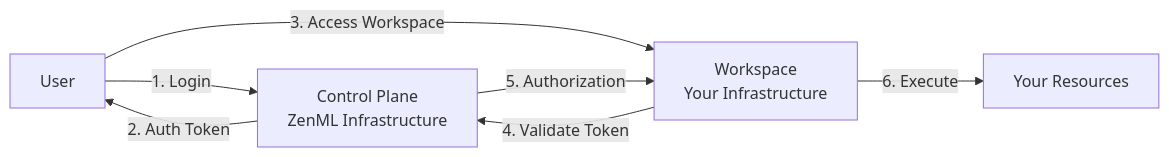
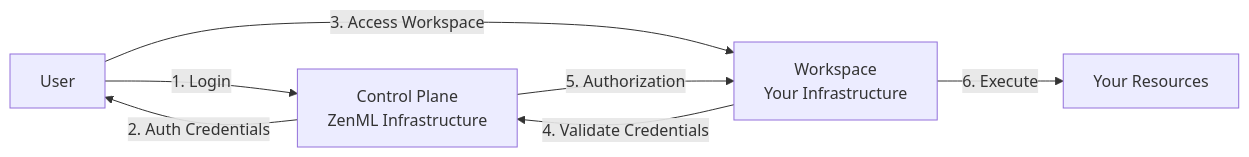
The first of 3 diagrams in docs/book/getting-started/zenml-pro/hybrid-deployment.md (zenml-io/zenml), drawn with Mermaid before and after one commit. The commit also changed other lines of this file and 2 other files, not shown here.

````diff
--- a/docs/book/getting-started/zenml-pro/hybrid-deployment.md
+++ b/docs/book/getting-started/zenml-pro/hybrid-deployment.md
@@ -103,9 +105,9 @@
 ```mermaid
 graph LR
     A[User] -->|1. Login| B[Control Plane<br/>ZenML Infrastructure]
-    B -->|2. Auth Token| A
+    B -->|2. Auth Credentials| A
     A -->|3. Access Workspace| C[Workspace<br/>Your Infrastructure]
-    C -->|4. Validate Token| B
+    C -->|4. Validate Credentials| B
     B -->|5. Authorization| C
     C -->|6. Execute| D[Your Resources]
 ```
````
